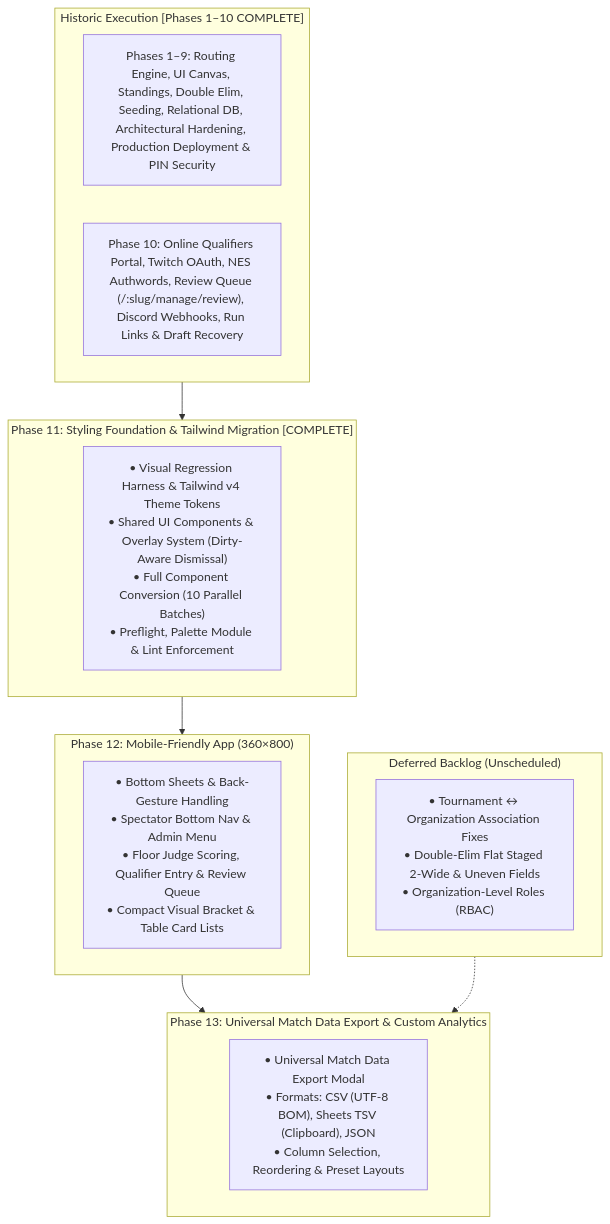
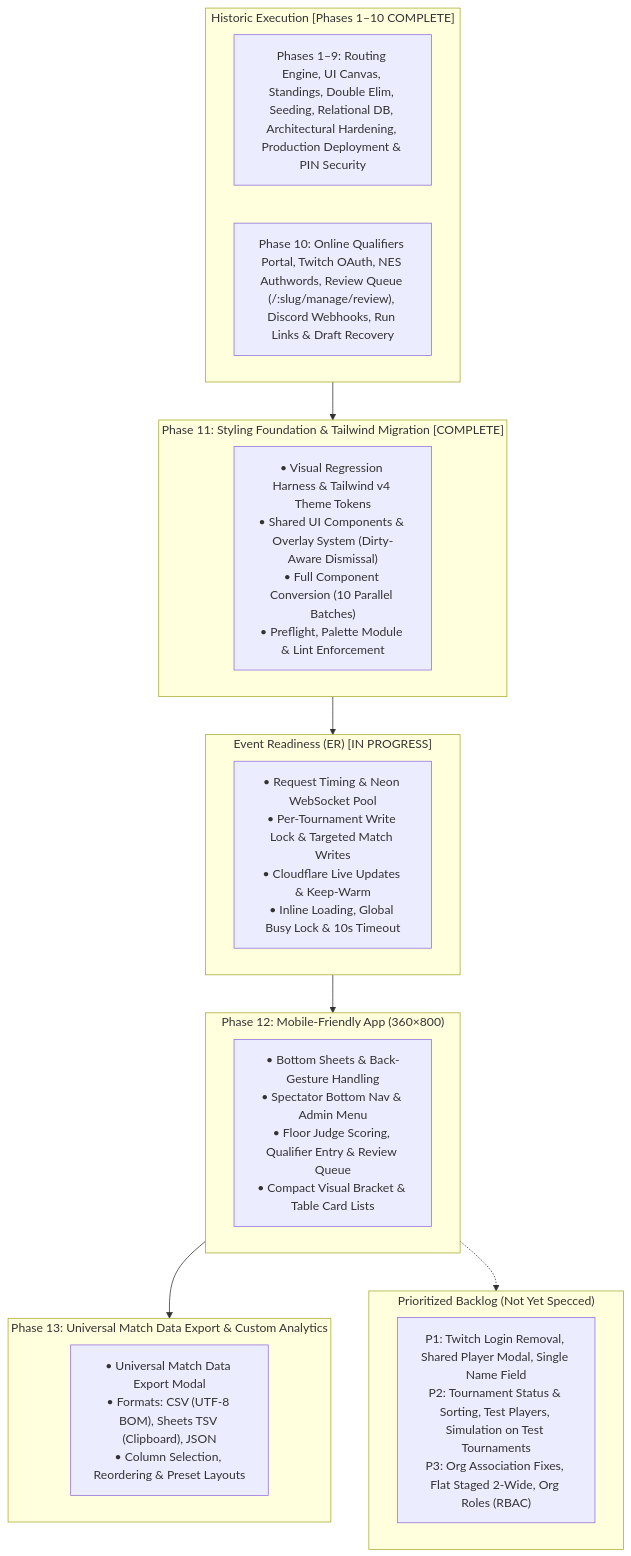
Before and after one commit to jgrondski/matchfoundry: the diagram in docs/implementation_plan.md, drawn with Mermaid. The commit also changed other lines of this file and 28 other files, not shown here.

First line of the commit message:
feat: event-readiness quick fixes, test tournaments, and ER specs

````diff
--- a/docs/implementation_plan.md
+++ b/docs/implementation_plan.md
@@ -127,26 +130,30 @@
 ```mermaid
 flowchart TD
     subgraph Historic["Historic Execution [Phases 1–10 COMPLETE]"]
         H1["Phases 1–9: Routing Engine, UI Canvas, Standings, Double Elim, Seeding, Relational DB, Architectural Hardening, Production Deployment & PIN Security"]
         H2["Phase 10: Online Qualifiers Portal, Twitch OAuth, NES Authwords, Review Queue (/:slug/manage/review), Discord Webhooks, Run Links & Draft Recovery"]
     end
 
     subgraph Phase11["Phase 11: Styling Foundation & Tailwind Migration [COMPLETE]"]
         P11["• Visual Regression Harness & Tailwind v4 Theme Tokens<br>• Shared UI Components & Overlay System (Dirty-Aware Dismissal)<br>• Full Component Conversion (10 Parallel Batches)<br>• Preflight, Palette Module & Lint Enforcement"]
     end
 
+    subgraph ER["Event Readiness (ER) [IN PROGRESS]"]
+        PER["• Request Timing & Neon WebSocket Pool<br>• Per-Tournament Write Lock & Targeted Match Writes<br>• Cloudflare Live Updates & Keep-Warm<br>• Inline Loading, Global Busy Lock & 10s Timeout"]
+    end
+
     subgraph Phase12["Phase 12: Mobile-Friendly App (360×800)"]
         P12["• Bottom Sheets & Back-Gesture Handling<br>• Spectator Bottom Nav & Admin Menu<br>• Floor Judge Scoring, Qualifier Entry & Review Queue<br>• Compact Visual Bracket & Table Card Lists"]
     end
 
     subgraph Phase13["Phase 13: Universal Match Data Export & Custom Analytics"]
         P13["• Universal Match Data Export Modal<br>• Formats: CSV (UTF-8 BOM), Sheets TSV (Clipboard), JSON<br>• Column Selection, Reordering & Preset Layouts"]
     end
 
-    subgraph Backlog["Deferred Backlog (Unscheduled)"]
-        B1["• Tournament ↔ Organization Association Fixes<br>• Double-Elim Flat Staged 2-Wide & Uneven Fields<br>• Organization-Level Roles (RBAC)"]
+    subgraph Backlog["Prioritized Backlog (Not Yet Specced)"]
+        B1["P1: Twitch Login Removal, Shared Player Modal, Single Name Field<br>P2: Tournament Status & Sorting, Test Players, Simulation on Test Tournaments<br>P3: Org Association Fixes, Flat Staged 2-Wide, Org Roles (RBAC)"]
     end
 
-    Historic --> Phase11 --> Phase12 --> Phase13
-    Backlog -.-> Phase13
+    Historic --> Phase11 --> ER --> Phase12 --> Phase13
+    Phase12 -.-> Backlog
 ```
````
